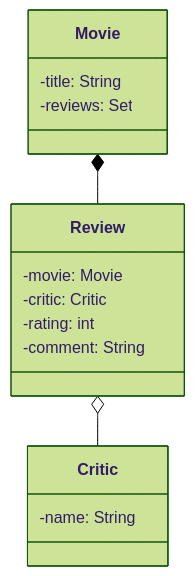
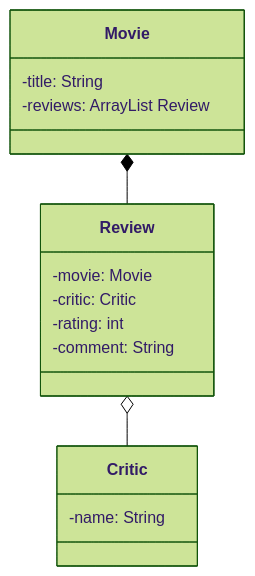
One commit to vcalvache/mywebsite changed the diagram in lab_se02_1.qmd. Above: the diagram before and after it, drawn with Mermaid (forest theme). The commit also changed other lines of this file and 1 other file, not shown here.

Commit message:
prettyfing mermaid diagrams. rules added on the styles.css

````diff
--- a/lab_se02_1.qmd
+++ b/lab_se02_1.qmd
@@ -96,18 +94,19 @@
 ```{mermaid}
+%%| fig-width: 3
 classDiagram
   class Movie {
     -title: String
-    -reviews: Set<Review>
+    -reviews: ArrayList Review
   }
   class Critic {
     -name: String
   }
   class Review {
     -movie: Movie
     -critic: Critic
     -rating: int
     -comment: String
   }
   Movie *-- Review
   Review o-- Critic
 ```
````
